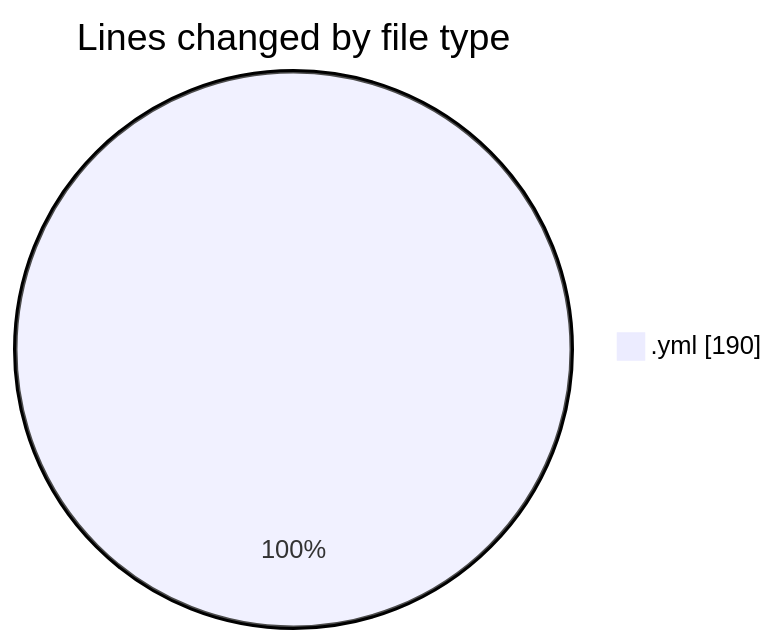
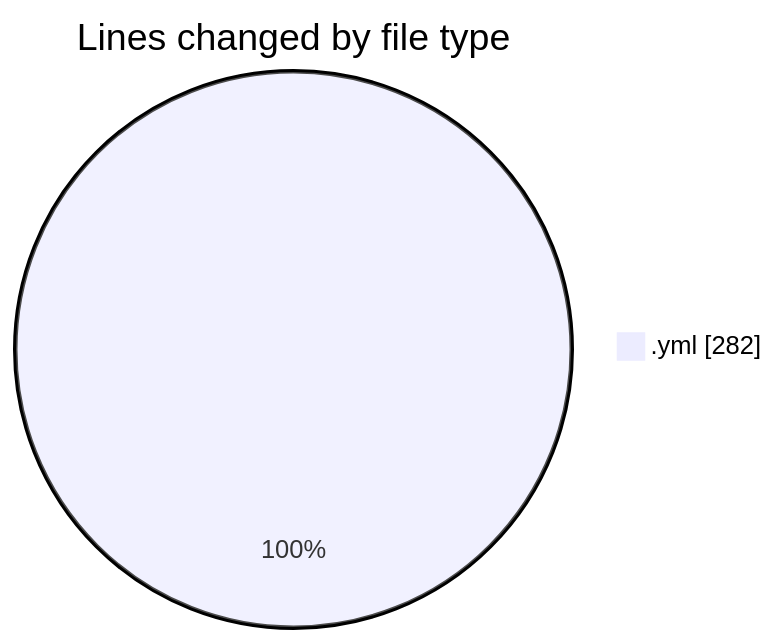
The first of 2 diagrams in 2025-04-23/back-end/README.md (Netris89/code-tracking), drawn with Mermaid before and after one commit. The commit also changed other lines of this file and 1 other file, not shown here.

````diff
--- a/2025-04-23/back-end/README.md
+++ b/2025-04-23/back-end/README.md
@@ -22,5 +22,5 @@
 ```mermaid
 pie showData
 title Lines changed by file type
-".yml" : 190
+".yml" : 282
 ```
````
